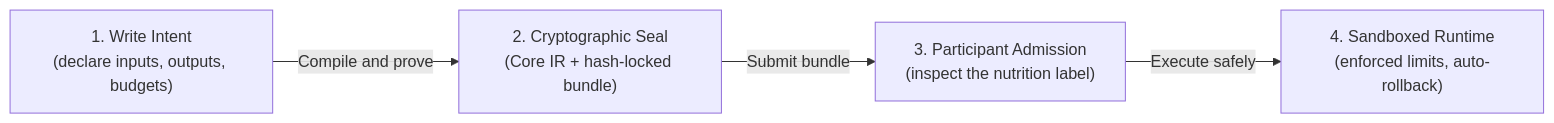
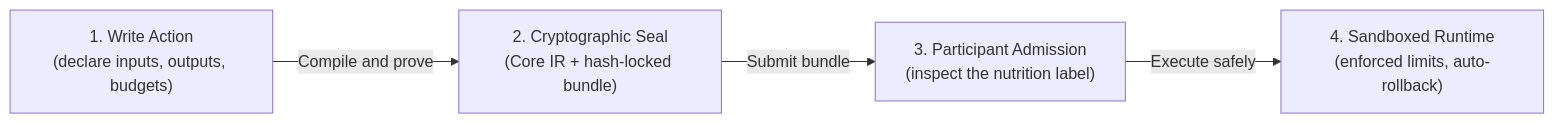
The first of 15 diagrams in EDICT.md (flyingrobots/edict), drawn with Mermaid before and after one commit. The commit also changed other lines of this file and 107 other files, not shown here.

First line of the commit message:
Refactor: Rename Intent to Action workspace-wide

````diff
--- a/EDICT.md
+++ b/EDICT.md
@@ -110,6 +110,6 @@
 ```mermaid
 flowchart LR
-    A["1. Write Intent<br/>(declare inputs, outputs, budgets)"] -->|Compile and prove| B["2. Cryptographic Seal<br/>(Core IR + hash-locked bundle)"]
+    A["1. Write Action<br/>(declare inputs, outputs, budgets)"] -->|Compile and prove| B["2. Cryptographic Seal<br/>(Core IR + hash-locked bundle)"]
     B -->|Submit bundle| C["3. Participant Admission<br/>(inspect the nutrition label)"]
     C -->|Execute safely| D["4. Sandboxed Runtime<br/>(enforced limits, auto-rollback)"]
 ```
````
